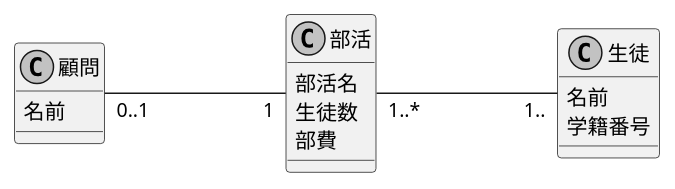
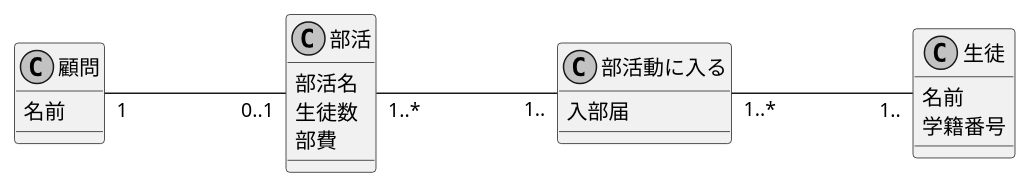
The diagram in michitaro/class.pu (HazeyamaLab/practiceGit2022), drawn with PlantUML before and after one commit.

```diff
--- a/michitaro/class.pu
+++ b/michitaro/class.pu
@@ -1,30 +1,35 @@
 @startuml class_diagram
 ' 多対多のクラス図の例
 
 skinparam monochrome true
 skinparam shadowing false
 
 ' クラスを定義
 class 顧問{
     名前
 }
 
 class 部活{
   部活名
   生徒数
   部費
   
 }
 
+class 部活動に入る{
+ 入部届
+}
+
 class 生徒{
     名前
     学籍番号
 }
 
 ' 関係を定義 
 left to right direction
-顧問 "0..1" --- "1" 部活
-部活 "1..*" --- "1.." 生徒
+顧問 "1" --- "0..1" 部活
+部活 "1..*" --- "1.." 部活動に入る
+部活動に入る"1..*" --- "1.." 生徒
 
 ' umlの終了を宣言
 @enduml
```
